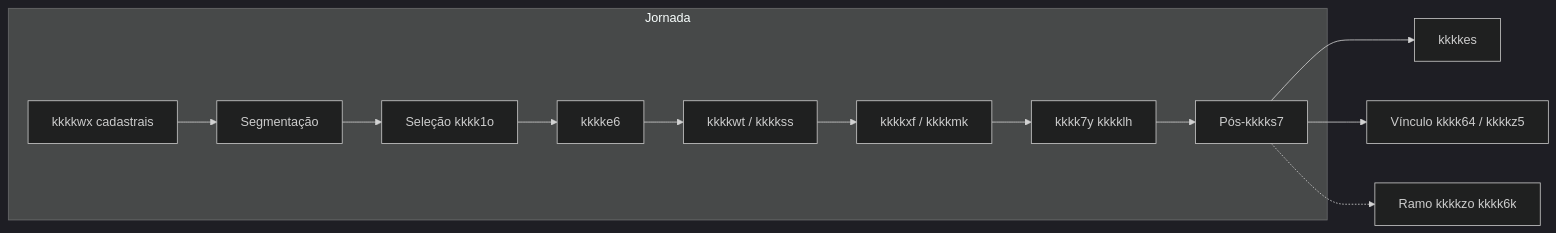
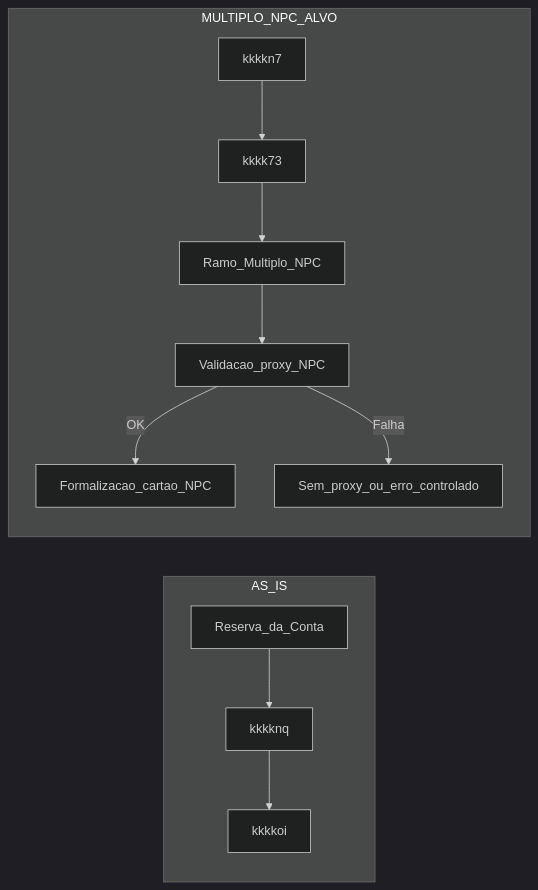
The first of 3 diagrams in Java/mm.md (fabaodevudi/outros-codigos), drawn with Mermaid (dark theme) before and after one commit. The commit also changed other lines of this file, not shown here.

````diff
--- a/Java/mm.md
+++ b/Java/mm.md
@@ -151,15 +159,25 @@
 ```mermaid
 flowchart LR
-  subgraph Jornada
-    A[kkkkwx cadastrais] --> B[Segmentação]
-    B --> C[Seleção kkkk1o]
-    C --> D[kkkke6]
-    D --> E[kkkkwt / kkkkss]
-    E --> F[kkkkxf / kkkkmk]
-    F --> G[kkkk7y kkkklh]
-    G --> H[Pós-kkkks7]
+  subgraph AS_IS
+    R[Reserva_da_Conta]
+    PS[kkkknq]
+    VP[kkkkoi]
+    R --> PS
+    PS --> VP
   end
-  H --> I[kkkkes]
-  H --> J[Vínculo kkkk64 / kkkkz5]
-  H -.-> K[Ramo kkkkzo kkkk6k]
+
+  subgraph MULTIPLO_NPC_ALVO
+    PEC[kkkkn7]
+    GW[kkkk73]
+    R3[Ramo_Multiplo_NPC]
+    VPN[Validacao_proxy_NPC]
+    FORM[Formalizacao_cartao_NPC]
+    OUT[Sem_proxy_ou_erro_controlado]
+
+    PEC --> GW
+    GW --> R3
+    R3 --> VPN
+    VPN -->|OK| FORM
+    VPN -->|Falha| OUT
+  end
 ```
````
